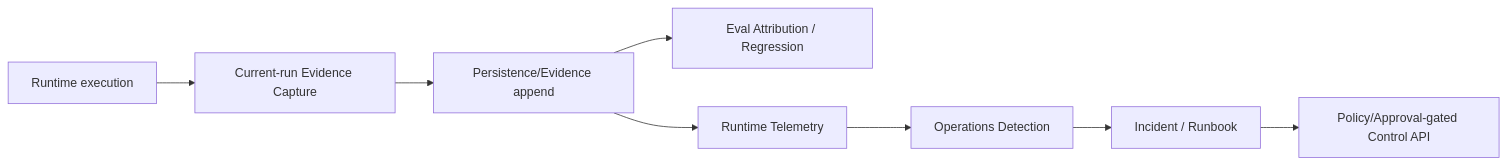
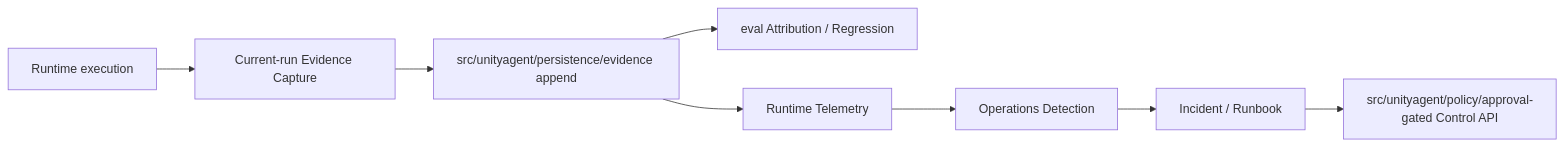
Before and after one commit to DarumaPPAP/UnityAgent: the fourth of 4 diagrams in docs/architecture/reviews/unityagent-quality-2026-09-04/execution-flows.md, drawn with Mermaid. The commit also changed other lines of this file and 1025 other files, not shown here.

````diff
--- a/docs/architecture/reviews/unityagent-quality-2026-09-04/execution-flows.md
+++ b/docs/architecture/reviews/unityagent-quality-2026-09-04/execution-flows.md
@@ -75,10 +75,10 @@
 ```mermaid
 flowchart LR
     X[Runtime execution] --> CE[Current-run Evidence Capture]
-    CE --> PE[Persistence/Evidence append]
-    PE --> AT[Eval Attribution / Regression]
+    CE --> PE[src/unityagent/persistence/evidence append]
+    PE --> AT[eval Attribution / Regression]
     PE --> OT[Runtime Telemetry]
     OT --> OD[Operations Detection]
     OD --> IN[Incident / Runbook]
-    IN --> AC[Policy/Approval-gated Control API]
+    IN --> AC[src/unityagent/policy/approval-gated Control API]
 ```
````
